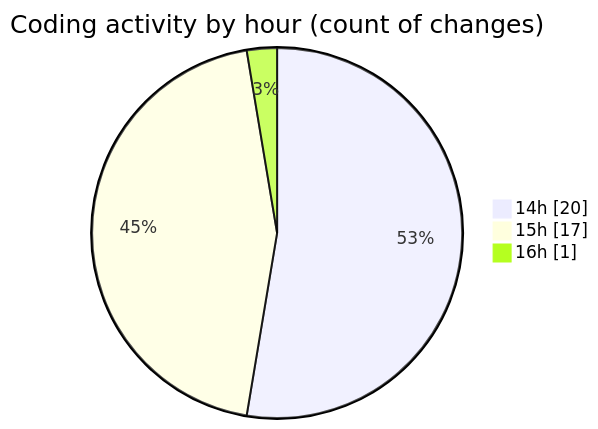
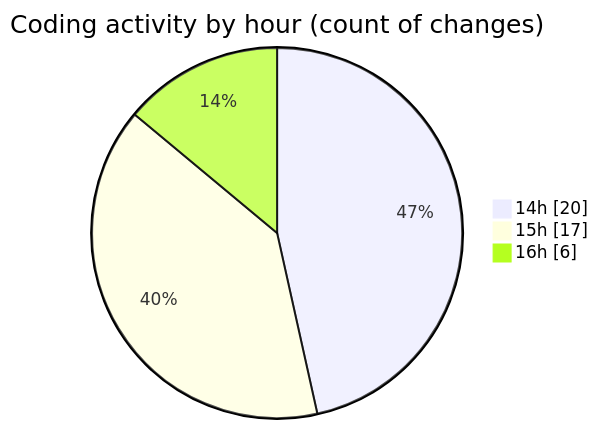
Before and after one commit to nxtqubesakshisongat/code-tracking: the second of 2 diagrams in 2025-08-26/nxtqube_webapp/README.md, drawn with Mermaid. The commit also changed other lines of this file and 1 other file, not shown here.

````diff
--- a/2025-08-26/nxtqube_webapp/README.md
+++ b/2025-08-26/nxtqube_webapp/README.md
@@ -34,7 +36,7 @@
 ```mermaid
 pie showData
 title Coding activity by hour (count of changes)
 "14h" : 20
 "15h" : 17
-"16h" : 1
+"16h" : 6
 ```
````
